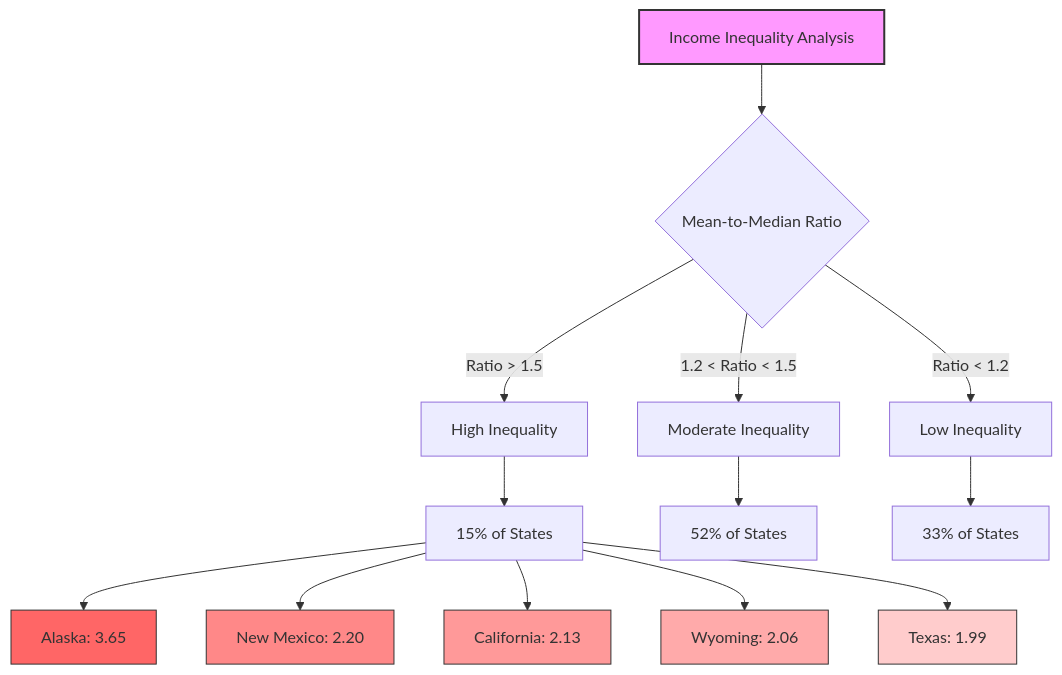
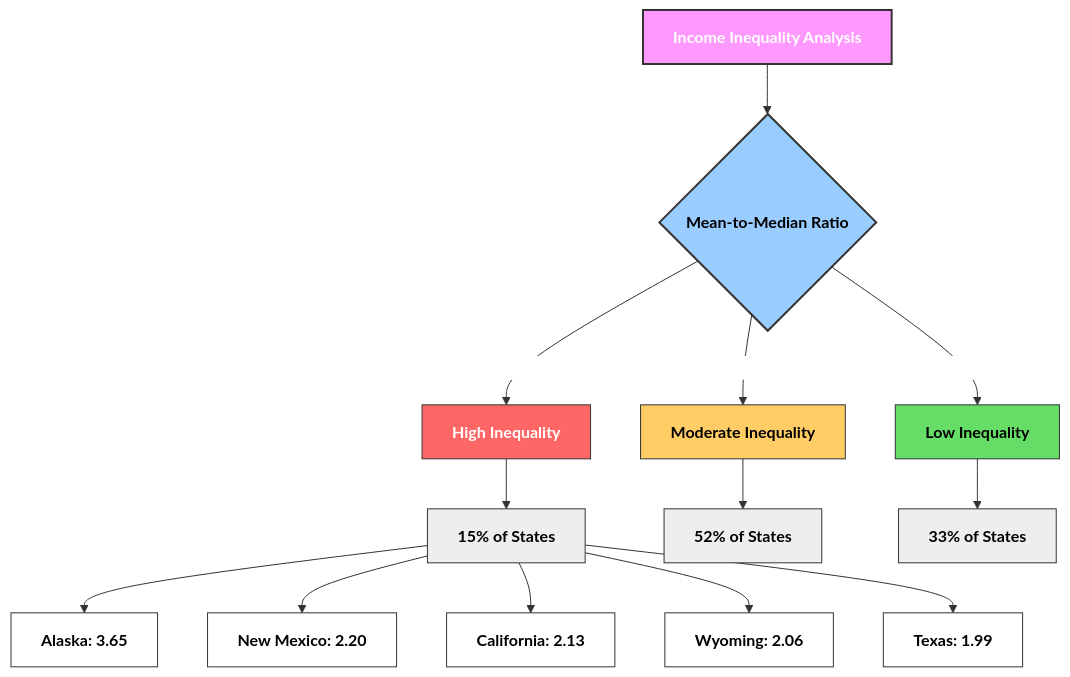
Before and after one commit to tzolkowski96/tzolkowski96: the eighth of 10 diagrams in us-household-income-analysis/README.md, drawn with Mermaid. The commit also changed other lines of this file, not shown here.

````diff
--- a/us-household-income-analysis/README.md
+++ b/us-household-income-analysis/README.md
@@ -869,24 +902,33 @@
 ```mermaid
+%%{init: {'theme': 'base', 'themeVariables': { 'primaryColor': '#f9f', 'primaryTextColor': '#fff', 'primaryBorderColor': '#c6c', 'lineColor': '#333', 'edgeLabelBackground': '#fff', 'nodeTextColor': '#333', 'tertiaryColor': '#fff' }}}%%
+
 graph TD
-    A[Income Inequality Analysis] --> B{Mean-to-Median Ratio}
-    B -->|Ratio > 1.5| C[High Inequality]
-    B -->|1.2 < Ratio < 1.5| D[Moderate Inequality]
-    B -->|Ratio < 1.2| E[Low Inequality]
+    %% Main nodes
+    A[Income Inequality Analysis]:::root --> B{Mean-to-Median Ratio}:::decision
     
-    C --> F[15% of States]
-    D --> G[52% of States]
-    E --> H[33% of States]
+    %% Decision branches
+    B -->|Ratio > 1.5| C[High Inequality]:::high
+    B -->|1.2 < Ratio < 1.5| D[Moderate Inequality]:::moderate
+    B -->|Ratio < 1.2| E[Low Inequality]:::low
     
-    F --> I[Alaska: 3.65]
-    F --> J[New Mexico: 2.20]
-    F --> K[California: 2.13]
-    F --> L[Wyoming: 2.06]
-    F --> M[Texas: 1.99]
+    %% Percentage distributions
+    C --> F[15% of States]:::pct
+    D --> G[52% of States]:::pct
+    E --> H[33% of States]:::pct
     
-    style A fill:#f9f,stroke:#333,stroke-width:2px
-    style I fill:#f66,stroke:#333,stroke-width:1px
-    style J fill:#f88,stroke:#333,stroke-width:1px
-    style K fill:#f99,stroke:#333,stroke-width:1px
-    style L fill:#faa,stroke:#333,stroke-width:1px
-    style M fill:#fcc,stroke:#333,stroke-width:1px
+    %% Examples of high inequality states
+    F --> I[Alaska: 3.65]:::example
+    F --> J[New Mexico: 2.20]:::example
+    F --> K[California: 2.13]:::example
+    F --> L[Wyoming: 2.06]:::example
+    F --> M[Texas: 1.99]:::example
+    
+    %% Define styles
+    classDef root fill:#f9f,stroke:#333,stroke-width:2px,color:#fff,font-weight:bold
+    classDef decision fill:#9cf,stroke:#333,stroke-width:2px,color:#000,font-weight:bold
+    classDef high fill:#f66,stroke:#333,stroke-width:1px,color:#fff,font-weight:bold
+    classDef moderate fill:#fc6,stroke:#333,stroke-width:1px,color:#000,font-weight:bold
+    classDef low fill:#6d6,stroke:#333,stroke-width:1px,color:#000,font-weight:bold
+    classDef pct fill:#eee,stroke:#333,stroke-width:1px,color:#000
+    classDef example fill:#fff,stroke:#333,stroke-width:1px,color:#000
 ```
````
